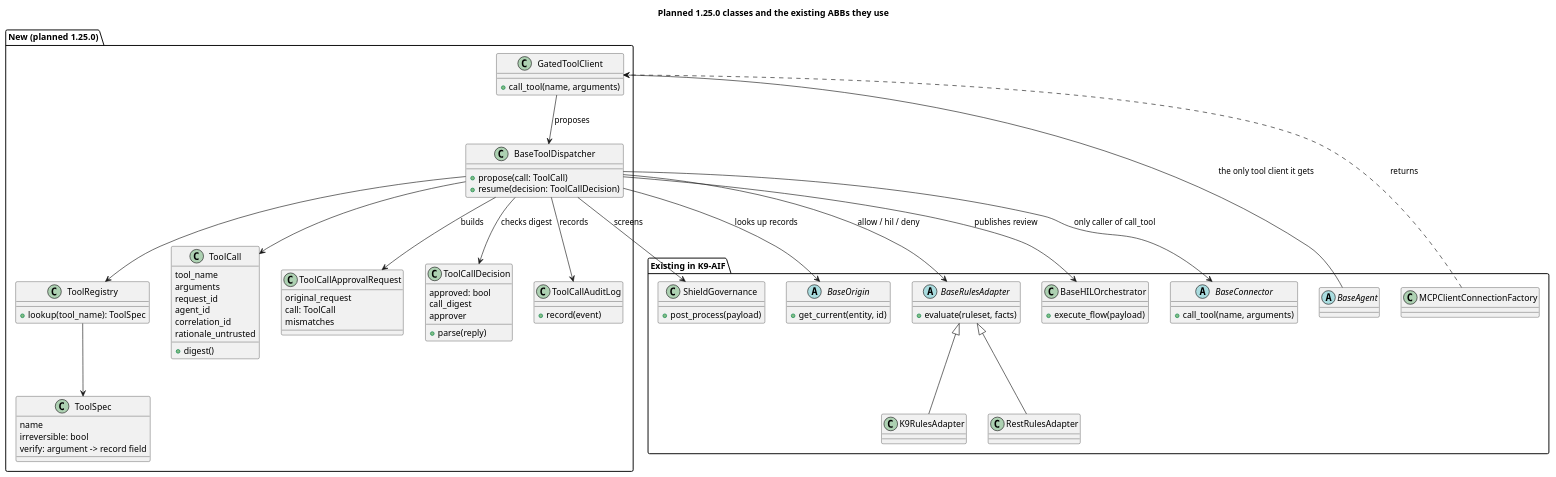
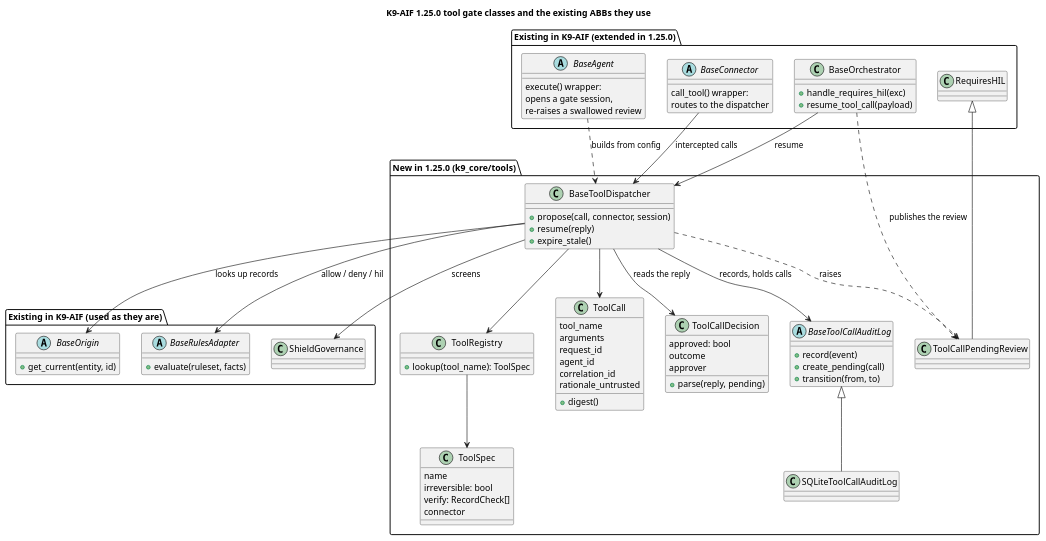
One commit to k9aif/k9-aif-blogs changed the diagram in assets/diagrams/hil-review-classes.puml. Above: the diagram before and after it, drawn with PlantUML. The commit also changed 6 other files, not shown here.

Commit message:
Blog draft: describe the shipped 1.25.0 tool gate; K9X RulesEngine coming this week

```diff
--- a/assets/diagrams/hil-review-classes.puml
+++ b/assets/diagrams/hil-review-classes.puml
@@ -1,84 +1,83 @@
 @startuml hil-review-classes
 set separator none
-title Planned 1.25.0 classes and the existing ABBs they use
+title K9-AIF 1.25.0 tool gate classes and the existing ABBs they use
 
-package "New (planned 1.25.0)" {
+package "New in 1.25.0 (k9_core/tools)" {
   class BaseToolDispatcher {
-    +propose(call: ToolCall)
-    +resume(decision: ToolCallDecision)
-  }
-  class GatedToolClient {
-    +call_tool(name, arguments)
+    +propose(call, connector, session)
+    +resume(reply)
+    +expire_stale()
   }
   class ToolRegistry {
     +lookup(tool_name): ToolSpec
   }
   class ToolSpec {
     name
     irreversible: bool
-    verify: argument -> record field
+    verify: RecordCheck[]
+    connector
   }
   class ToolCall {
     tool_name
     arguments
     request_id
     agent_id
     correlation_id
     rationale_untrusted
     +digest()
   }
-  class ToolCallApprovalRequest {
-    original_request
-    call: ToolCall
-    mismatches
-  }
   class ToolCallDecision {
     approved: bool
-    call_digest
+    outcome
     approver
-    +parse(reply)
+    +parse(reply, pending)
   }
-  class ToolCallAuditLog {
+  abstract class BaseToolCallAuditLog {
     +record(event)
+    +create_pending(call)
+    +transition(from, to)
   }
+  class SQLiteToolCallAuditLog
+  class ToolCallPendingReview
 }
 
-package "Existing in K9-AIF" {
-  abstract class BaseAgent
-  class MCPClientConnectionFactory
-  class ShieldGovernance {
-    +post_process(payload)
+package "Existing in K9-AIF (extended in 1.25.0)" {
+  abstract class BaseAgent {
+    execute() wrapper:\nopens a gate session,\nre-raises a swallowed review
   }
+  abstract class BaseConnector {
+    call_tool() wrapper:\nroutes to the dispatcher
+  }
+  class BaseOrchestrator {
+    +handle_requires_hil(exc)
+    +resume_tool_call(payload)
+  }
+  class RequiresHIL
+}
+
+package "Existing in K9-AIF (used as they are)" {
+  class ShieldGovernance
   abstract class BaseOrigin {
     +get_current(entity, id)
   }
   abstract class BaseRulesAdapter {
     +evaluate(ruleset, facts)
   }
-  class K9RulesAdapter
-  class RestRulesAdapter
-  class BaseHILOrchestrator {
-    +execute_flow(payload)
-  }
-  abstract class BaseConnector {
-    +call_tool(name, arguments)
-  }
 }
 
-BaseAgent --> GatedToolClient : the only tool client it gets
-MCPClientConnectionFactory ..> GatedToolClient : returns
-GatedToolClient --> BaseToolDispatcher : proposes
+BaseAgent ..> BaseToolDispatcher : builds from config
+BaseConnector --> BaseToolDispatcher : intercepted calls
 BaseToolDispatcher --> ToolCall
 BaseToolDispatcher --> ShieldGovernance : screens
 BaseToolDispatcher --> ToolRegistry
 ToolRegistry --> ToolSpec
 BaseToolDispatcher --> BaseOrigin : looks up records
-BaseToolDispatcher --> BaseRulesAdapter : allow / hil / deny
-BaseRulesAdapter <|-- K9RulesAdapter
-BaseRulesAdapter <|-- RestRulesAdapter
-BaseToolDispatcher --> ToolCallApprovalRequest : builds
-BaseToolDispatcher --> BaseHILOrchestrator : publishes review
-BaseToolDispatcher --> ToolCallDecision : checks digest
-BaseToolDispatcher --> ToolCallAuditLog : records
-BaseToolDispatcher --> BaseConnector : only caller of call_tool
+BaseToolDispatcher --> BaseRulesAdapter : allow / deny / hil
+BaseToolDispatcher --> BaseToolCallAuditLog : records, holds calls
+BaseToolCallAuditLog <|-- SQLiteToolCallAuditLog
+BaseToolDispatcher --> ToolCallDecision : reads the reply
+BaseToolDispatcher ..> ToolCallPendingReview : raises
+RequiresHIL <|-- ToolCallPendingReview
+BaseOrchestrator ..> ToolCallPendingReview : publishes the review
+BaseOrchestrator --> BaseToolDispatcher : resume
 @enduml
```
